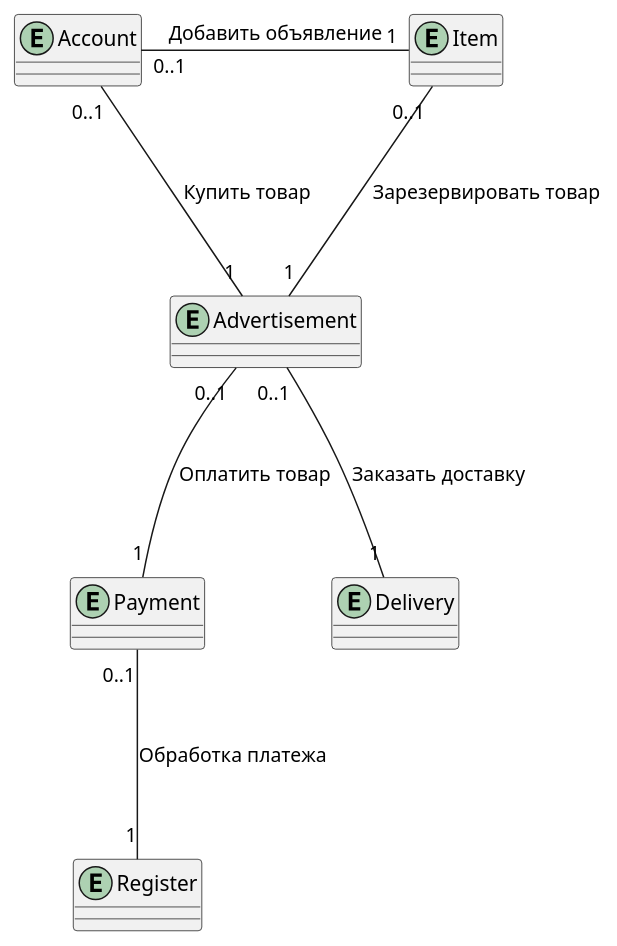
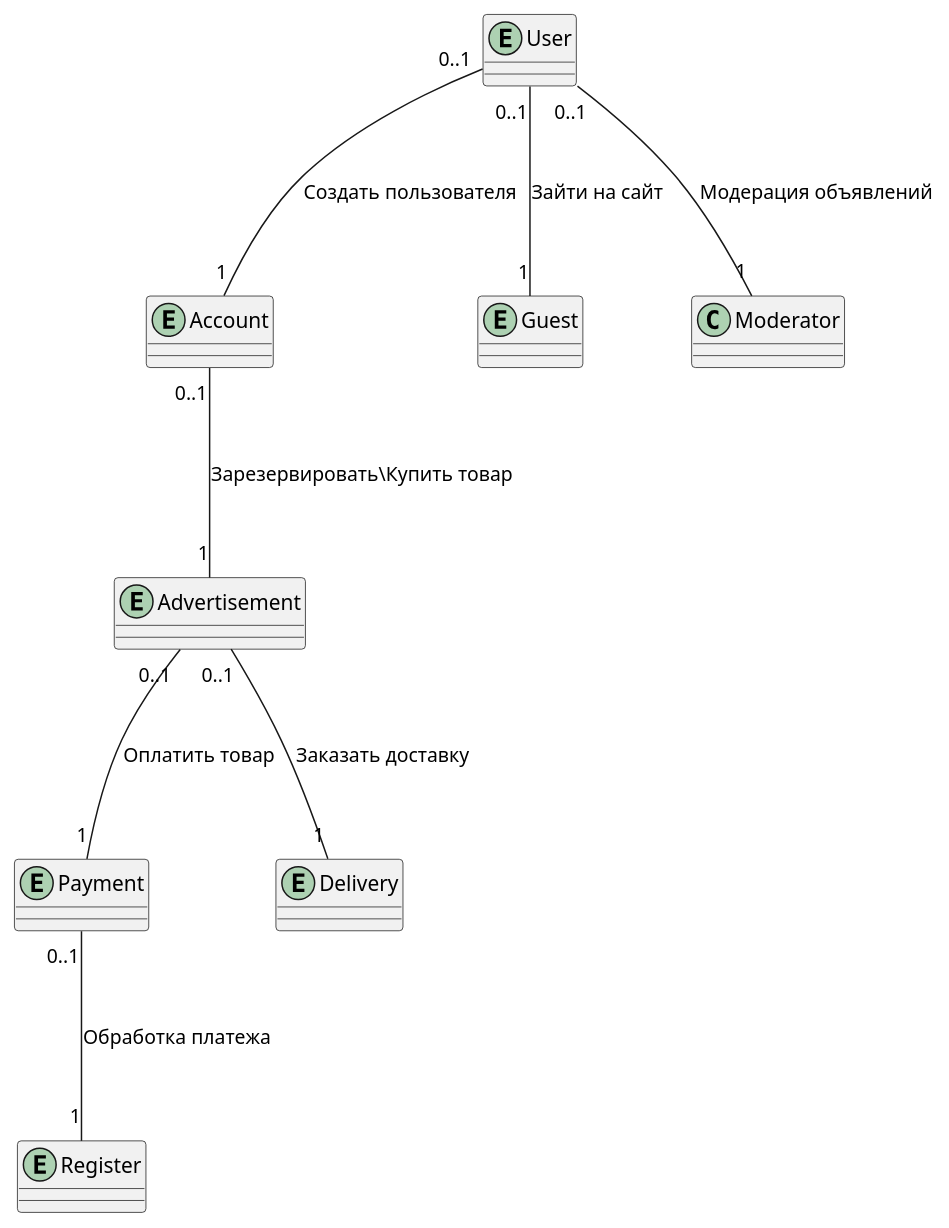
The diagram in Модель предметной области.md (penamarth/bsbo-01-22_team1_var13), drawn with PlantUML before and after one commit.

Commit message:
Update Модель предметной области.md

````diff
--- a/Модель предметной области.md
+++ b/Модель предметной области.md
@@ -1,49 +1,54 @@
 ```plantuml
 @startuml
 
 
 entity Account
 {
   
 }
 
-entity Item {
+entity User {
+
+}
+
+entity Guest {
 
 }
 
 entity Advertisement
 {
     
     
 }
 
 entity Payment
 {
     
 }
 
 entity Delivery
 {
     
 }
 
 entity Register
 {
 
 }
 
-Account "0..1" -right-- "1" Item : Добавить объявление
-Account "0..1" -right-- "1" Advertisement : Купить товар
+User "0..1" -down-- "1" Account : Создать пользователя
+User "0..1" -down-- "1" Guest : Зайти на сайт
+User "0..1" -down-- "1" Moderator : Модерация объявлений
 
 
-Item "0..1" -down-- "1" Advertisement : Зарезервировать товар
+Account "0..1" -down-- "1" Advertisement : Зарезервировать\Купить товар
 
 Advertisement "0..1" -down-- "1" Payment : Оплатить товар
 Advertisement "0..1" -down-- "1" Delivery : Заказать доставку
 
 Payment "0..1" -down-- "1" Register : Обработка платежа
 
 
 
 @enduml
 ```
````
